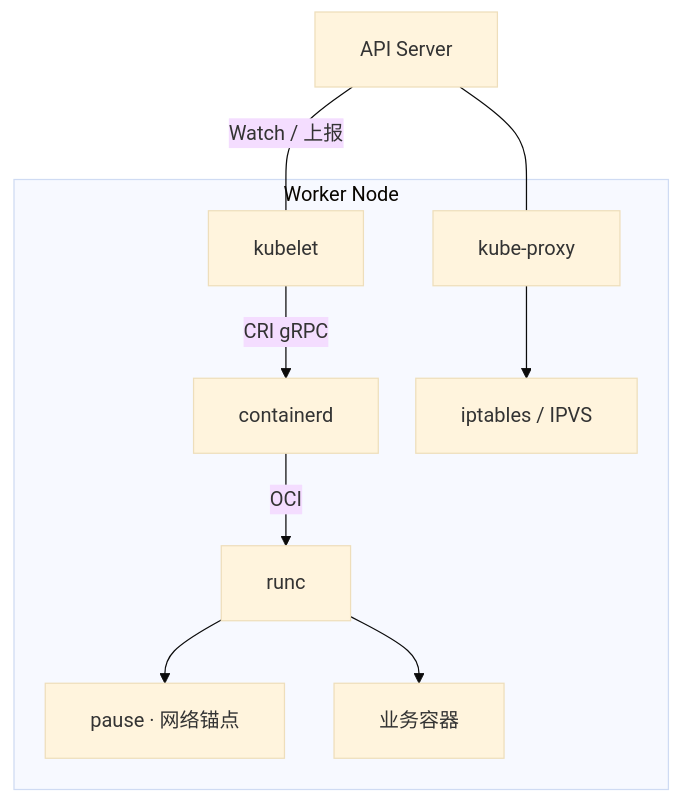
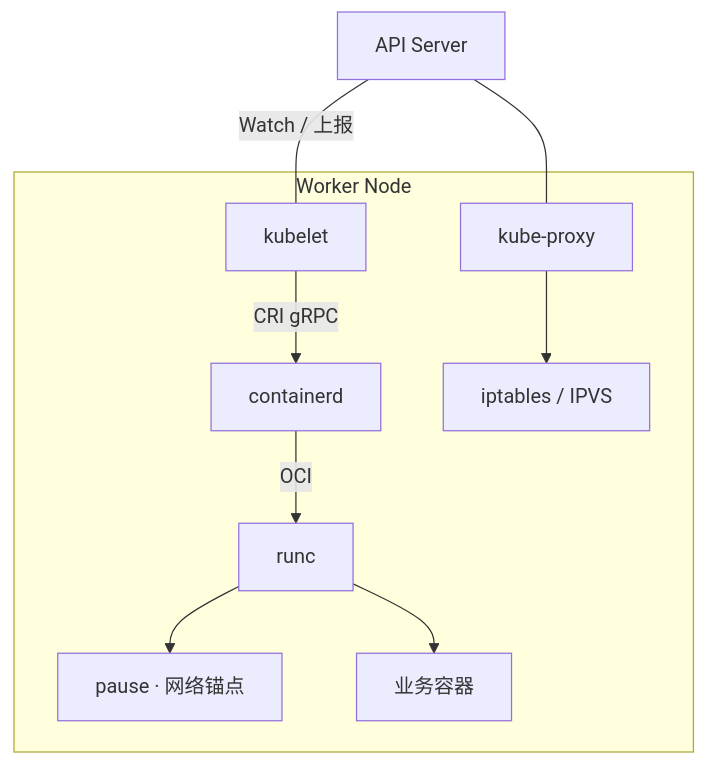
One commit to ml-cuizijun/LearnToLilith changed the second of 5 diagrams in 03-Kubernetes/17-节点运行时与升级/知识点.md. Above: the diagram before and after it, drawn with Mermaid. The commit also changed other lines of this file and 178 other files, not shown here.

````diff
--- a/03-Kubernetes/17-节点运行时与升级/知识点.md
+++ b/03-Kubernetes/17-节点运行时与升级/知识点.md
@@ -82,30 +55,20 @@
 ```mermaid
-%%{init: {"flowchart": {"padding": 18, "nodeSpacing": 30, "rankSpacing": 50}, "theme": "base"}}%%
 flowchart TB
     api[API Server]
-
     subgraph node ["Worker Node"]
         kl[kubelet]
         ct[containerd]
         runc[runc]
         pause[pause · 网络锚点]
         app[业务容器]
         kp[kube-proxy]
         fw[iptables / IPVS]
         kl -->|"CRI gRPC"| ct
         ct -->|"OCI"| runc
         runc --> pause
         runc --> app
         kp --> fw
     end
-
     api ---|Watch / 上报| kl
     api --- kp
-
-    class api api
-    class kl kl
-    class ct,runc rt
-    class pause,app pod
-    class kp,fw net
-
 ```
````
